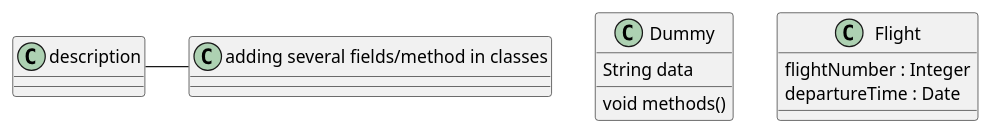
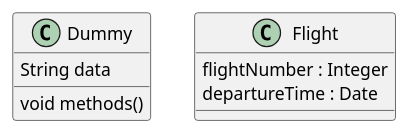
The sixth of 38 diagrams in PlantUML/클래스-다이어그램.md (sogeuni/_wiki), drawn with PlantUML before and after one commit. The commit also changed other lines of this file, not shown here.

Commit message:
Updated 클래스 다이어그램 (markdown)

```diff
--- a/PlantUML/클래스-다이어그램.md
+++ b/PlantUML/클래스-다이어그램.md
@@ -136,12 +131,11 @@
 @startuml
-description - "adding several fields/method in classes"
 class Dummy {
   String data
   void methods()
 }
 
 class Flight {
   flightNumber : Integer
   departureTime : Date
 }
 @enduml
```
